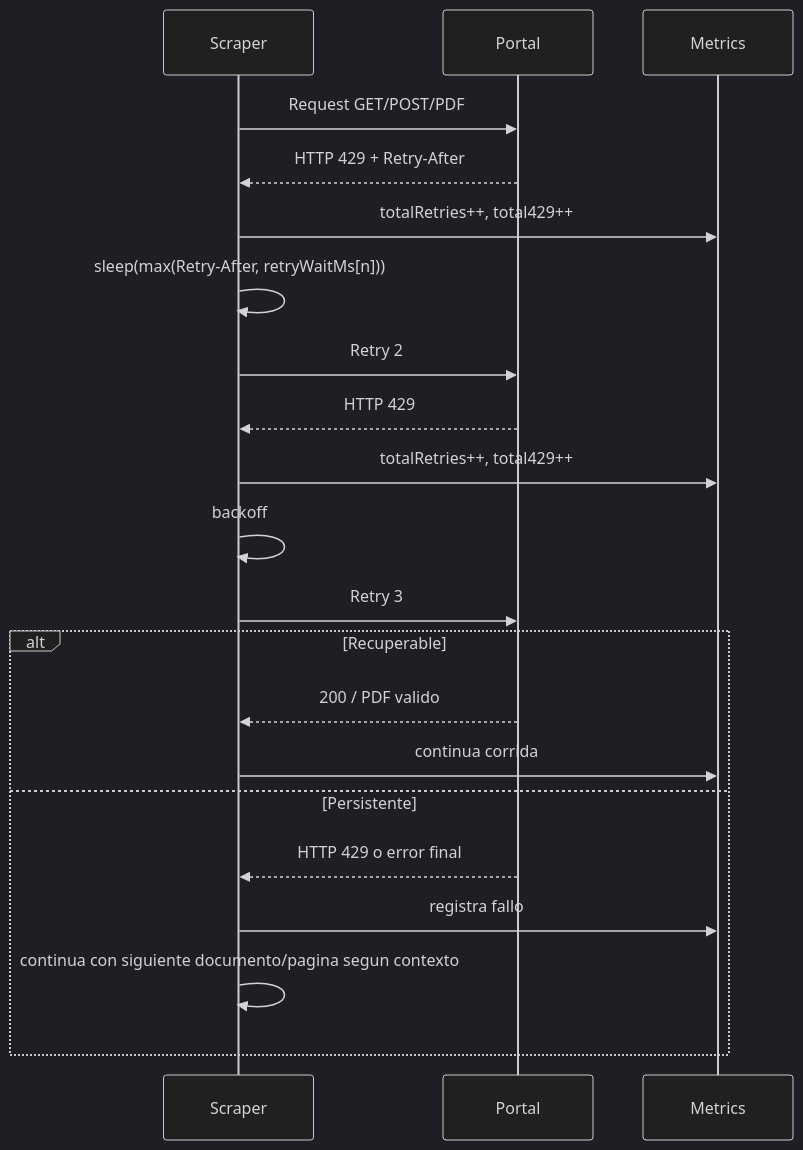
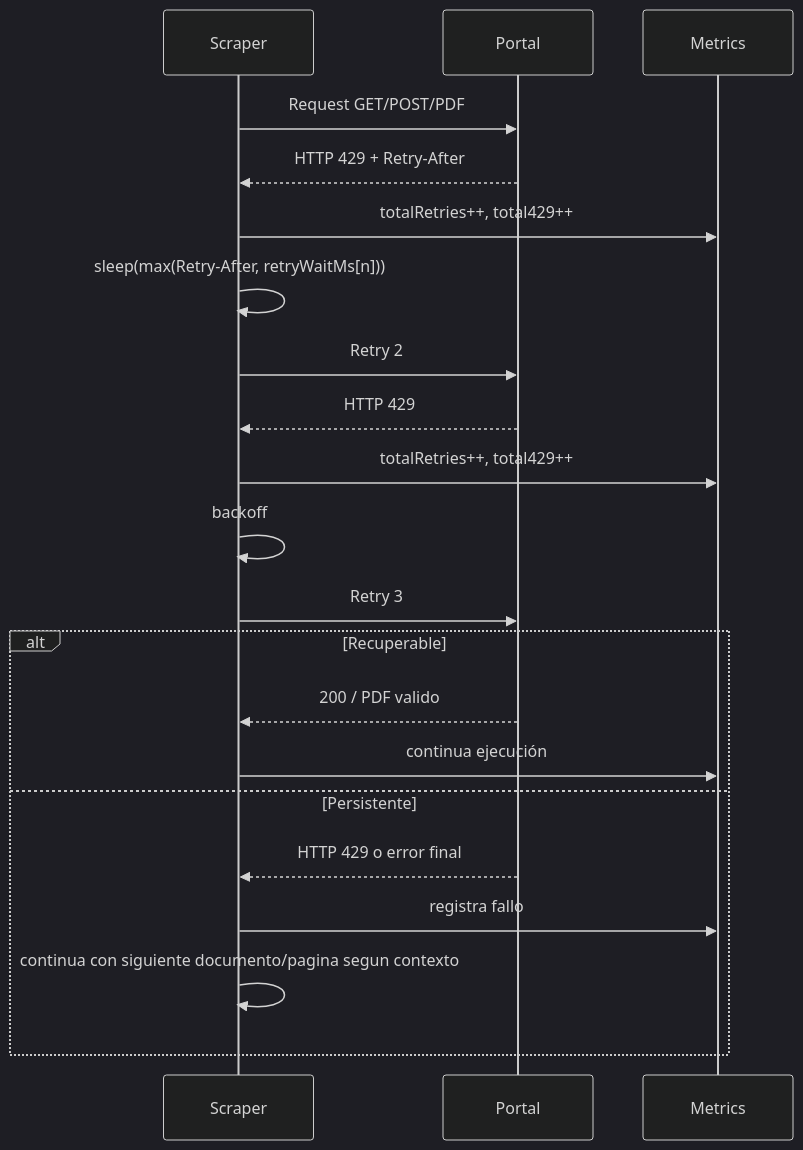
The third of 5 diagrams in README.md (GatoProgramador-01/pj-peru-scraper), drawn with Mermaid (dark theme) before and after one commit. The commit also changed other lines of this file and 5 other files, not shown here.

````diff
--- a/README.md
+++ b/README.md
@@ -177,24 +177,24 @@
 ```mermaid
 sequenceDiagram
     participant Scraper
     participant Portal
     participant Metrics
 
     Scraper->>Portal: Request GET/POST/PDF
     Portal-->>Scraper: HTTP 429 + Retry-After
     Scraper->>Metrics: totalRetries++, total429++
     Scraper->>Scraper: sleep(max(Retry-After, retryWaitMs[n]))
     Scraper->>Portal: Retry 2
     Portal-->>Scraper: HTTP 429
     Scraper->>Metrics: totalRetries++, total429++
     Scraper->>Scraper: backoff
     Scraper->>Portal: Retry 3
     alt Recuperable
         Portal-->>Scraper: 200 / PDF valido
-        Scraper->>Metrics: continua corrida
+        Scraper->>Metrics: continua ejecución
     else Persistente
         Portal-->>Scraper: HTTP 429 o error final
         Scraper->>Metrics: registra fallo
         Scraper->>Scraper: continua con siguiente documento/pagina segun contexto
     end
 ```
````
